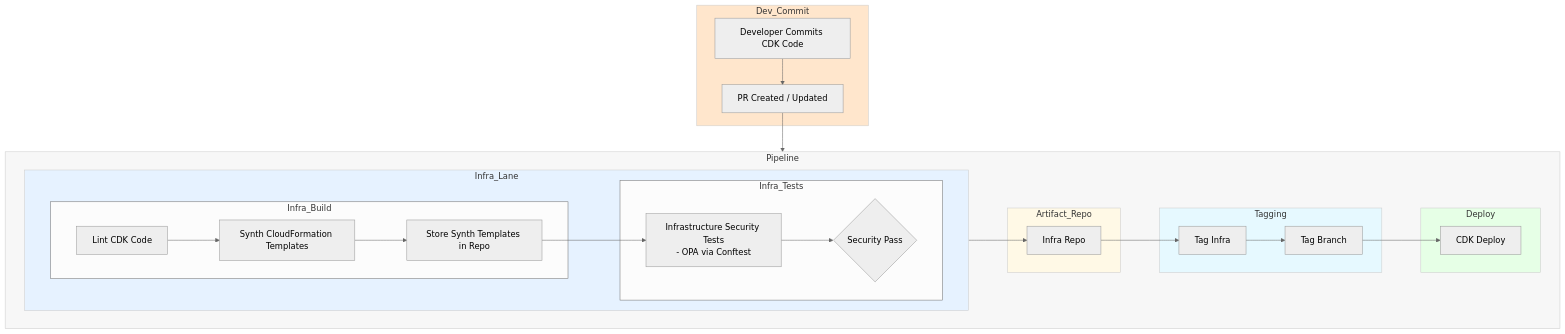
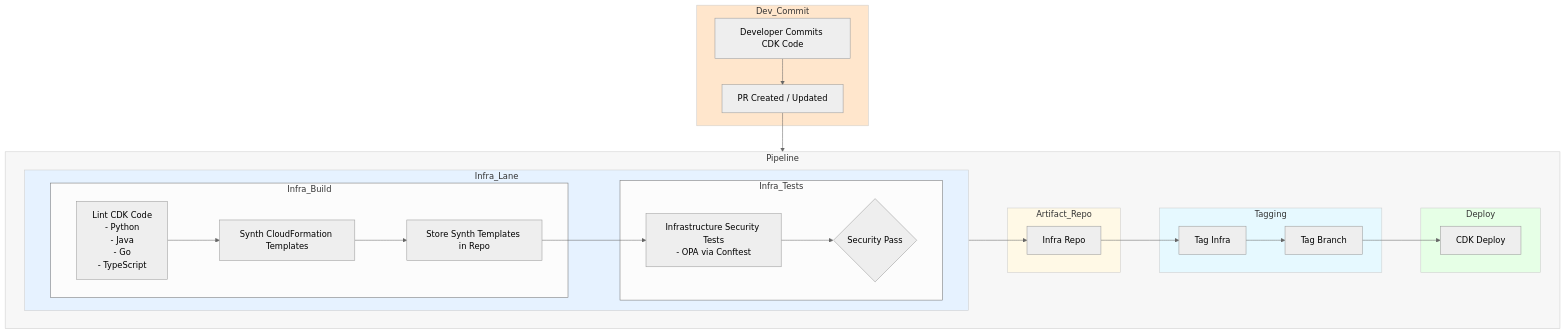
Before and after one commit to mindmorass/designs: the diagram in pipelines/monorepo/infra/cdk.md, drawn with Mermaid (neutral theme).

````diff
--- a/pipelines/monorepo/infra/cdk.md
+++ b/pipelines/monorepo/infra/cdk.md
@@ -1,72 +1,73 @@
 ```mermaid
 flowchart TD
 
 %% ====================
 %% Developer Commit & PR Stage
 %% ====================
 subgraph Dev_Commit
   DC1[Developer Commits CDK Code]
   DC2[PR Created / Updated]
   DC1 --> DC2
 end
 
 %% ====================
 %% Pipeline (CDK Infra)
 %% ====================
 DC2 --> Pipeline
 subgraph Pipeline
 
   %% ====================
   %% Infra Lane (CDK)
   %% ====================
   subgraph Infra_Lane
     direction LR
     
     %% Infra Build & Tests
     subgraph Infra_Build
-      IB1[Lint CDK Code] --> IB2[Synth CloudFormation Templates]
+      IB1[Lint CDK Code<br>- Python<br>- Java<br>- Go<br>- TypeScript] --> IB2[Synth CloudFormation Templates]
       IB2 --> SR[Store Synth Templates in Repo]
     end
     
     subgraph Infra_Tests
       SR --> IT2[Infrastructure Security Tests<br>- OPA via Conftest]
       IT2 --> ISP{Security Pass}
     end
   end
   
   %% ====================
   %% Artifact Repo
   %% ====================
   subgraph Artifact_Repo
     AR3[Infra Repo]
     ISP --> AR3
   end
   
   %% ====================
   %% Tagging
   %% ====================
   subgraph Tagging
     AR3 --> TG3[Tag Infra]
     TG3 --> TG4[Tag Branch]
   end
   
   %% ====================
   %% Deploy
   %% ====================
   subgraph Deploy
     TG4 --> DP3[CDK Deploy]
   end
 
 end
 
 %% ====================
 %% Styles
 %% ====================
 style Dev_Commit fill:#ffe6cc,stroke:#cccccc,stroke-width:1px
 style Pipeline fill:#f7f7f7,stroke:#cccccc,stroke-width:1px
 style Infra_Lane fill:#e6f2ff,stroke:#cccccc,stroke-width:1px
 style Artifact_Repo fill:#fff9e6,stroke:#cccccc,stroke-width:1px
 style Tagging fill:#e6f9ff,stroke:#cccccc,stroke-width:1px
 style Deploy fill:#e6ffe6,stroke:#cccccc,stroke-width:1px
 
+
 ```
````
